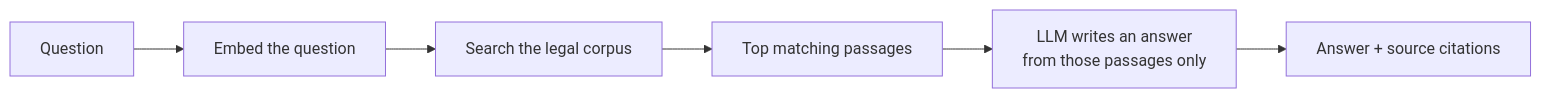
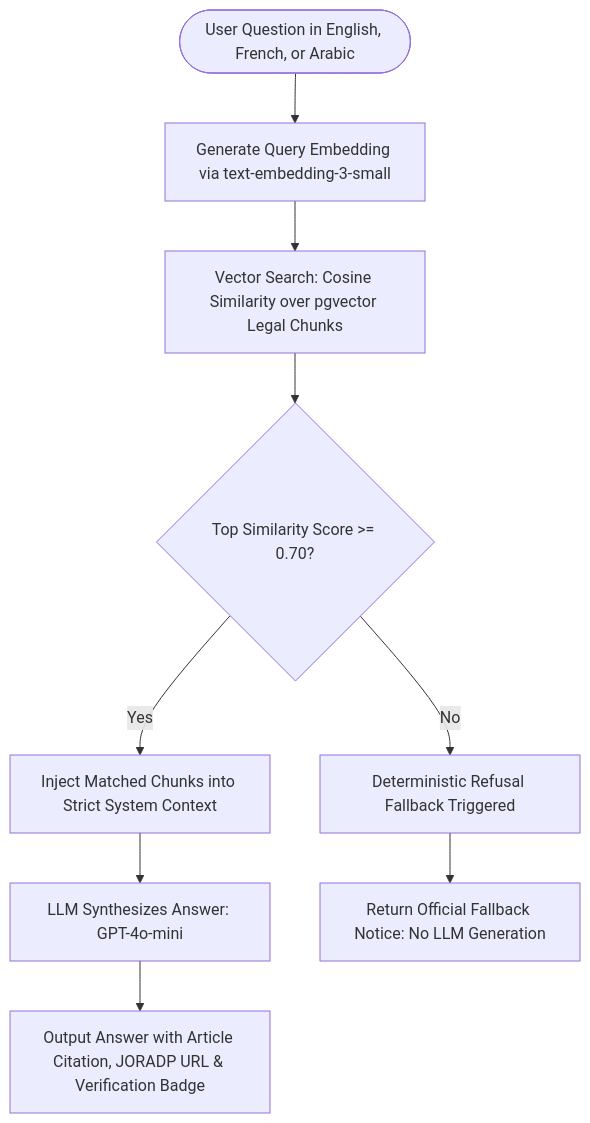
The fifth of 5 diagrams in README.md (AYA-BACHA/MoukawilOS), drawn with Mermaid before and after one commit. The commit also changed other lines of this file and 1 other file, not shown here.

````diff
--- a/README.md
+++ b/README.md
@@ -232,8 +389,13 @@
 ```mermaid
-flowchart LR
-    Q[Question] --> E[Embed the question]
-    E --> S[Search the legal corpus]
-    S --> C[Top matching passages]
-    C --> L[LLM writes an answer<br/>from those passages only]
-    L --> R[Answer + source citations]
+flowchart TD
+    Q([User Question in English, French, or Arabic]) --> E[Generate Query Embedding via text-embedding-3-small]
+    E --> V[Vector Search: Cosine Similarity over pgvector Legal Chunks]
+    V --> S{Top Similarity Score >= 0.70?}
+    
+    S -- Yes --> C[Inject Matched Chunks into Strict System Context]
+    C --> G[LLM Synthesizes Answer: GPT-4o-mini]
+    G --> A[Output Answer with Article Citation, JORADP URL & Verification Badge]
+    
+    S -- No --> F[Deterministic Refusal Fallback Triggered]
+    F --> R[Return Official Fallback Notice: No LLM Generation]
 ```
````
